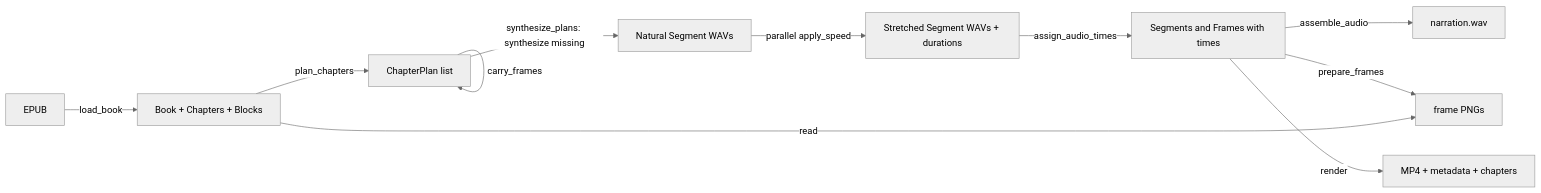
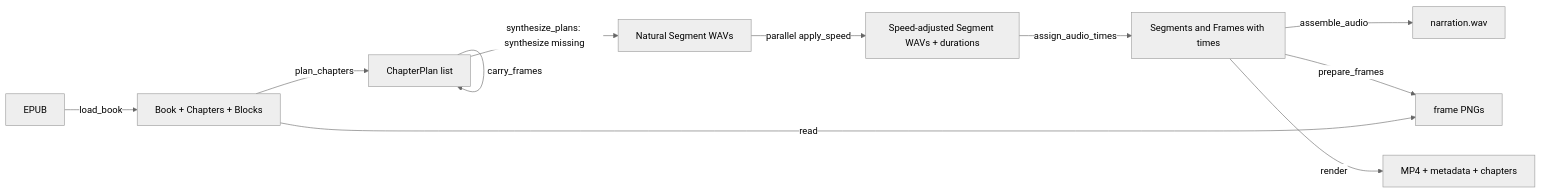
The diagram in docs/ARCHITECTURE.md (NikitaShubin/book2video), drawn with Mermaid (neutral theme) before and after one commit. The commit also changed other lines of this file and 8 other files, not shown here.

````diff
--- a/docs/ARCHITECTURE.md
+++ b/docs/ARCHITECTURE.md
@@ -32,13 +32,13 @@
 ```mermaid
 flowchart LR
     EPUB[EPUB] -->|load_book| BOOK[Book + Chapters + Blocks]
     BOOK -->|plan_chapters| PLAN[ChapterPlan list]
     PLAN -->|carry_frames| PLAN
     PLAN -->|synthesize_plans: synthesize missing| NATURAL[Natural Segment WAVs]
-    NATURAL -->|parallel apply_speed| AUDIO[Stretched Segment WAVs + durations]
+    NATURAL -->|parallel apply_speed| AUDIO[Speed-adjusted Segment WAVs + durations]
     AUDIO -->|assign_audio_times| TIMED[Segments and Frames with times]
     TIMED -->|assemble_audio| WAV[narration.wav]
     TIMED -->|prepare_frames| PNG[frame PNGs]
     TIMED -->|render| MP4[MP4 + metadata + chapters]
     BOOK -->|read| PNG
 ```
````
